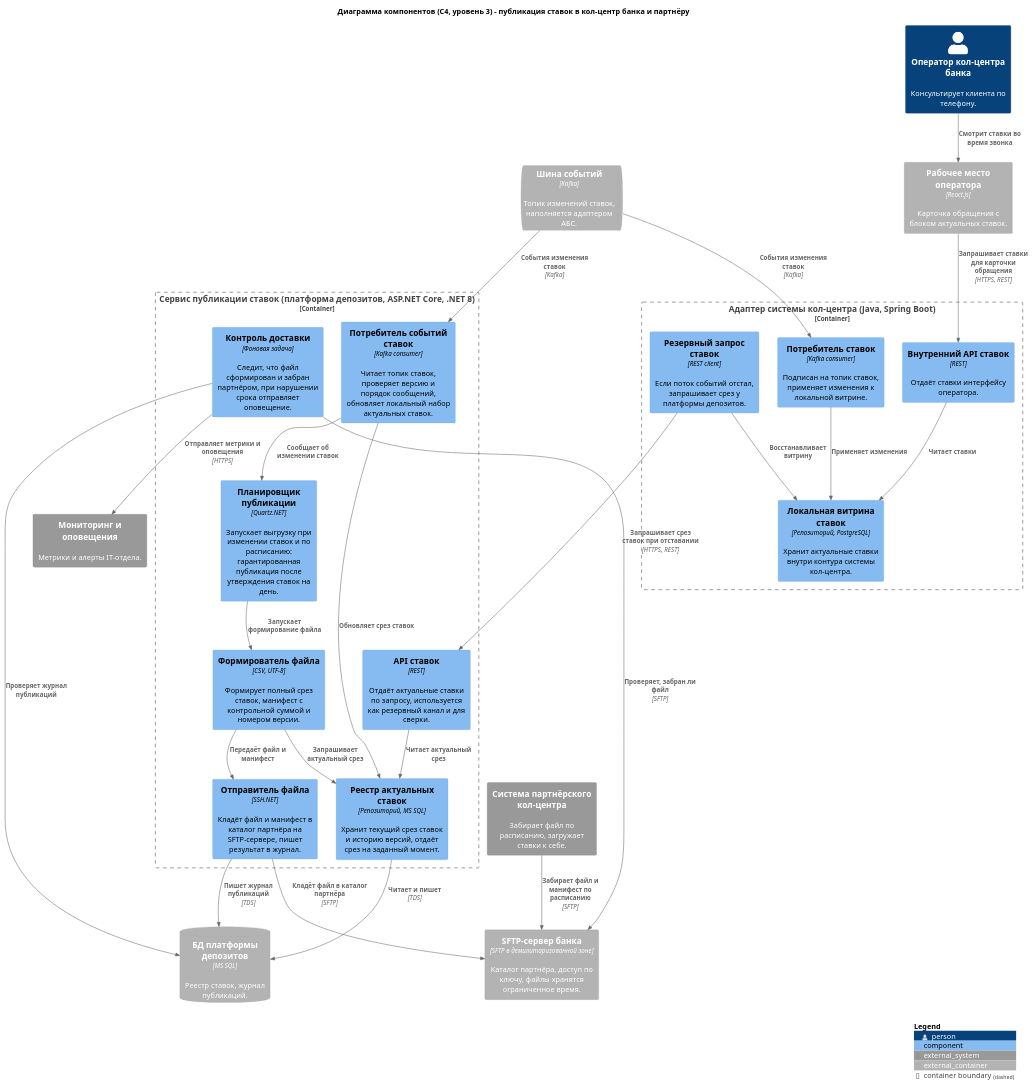
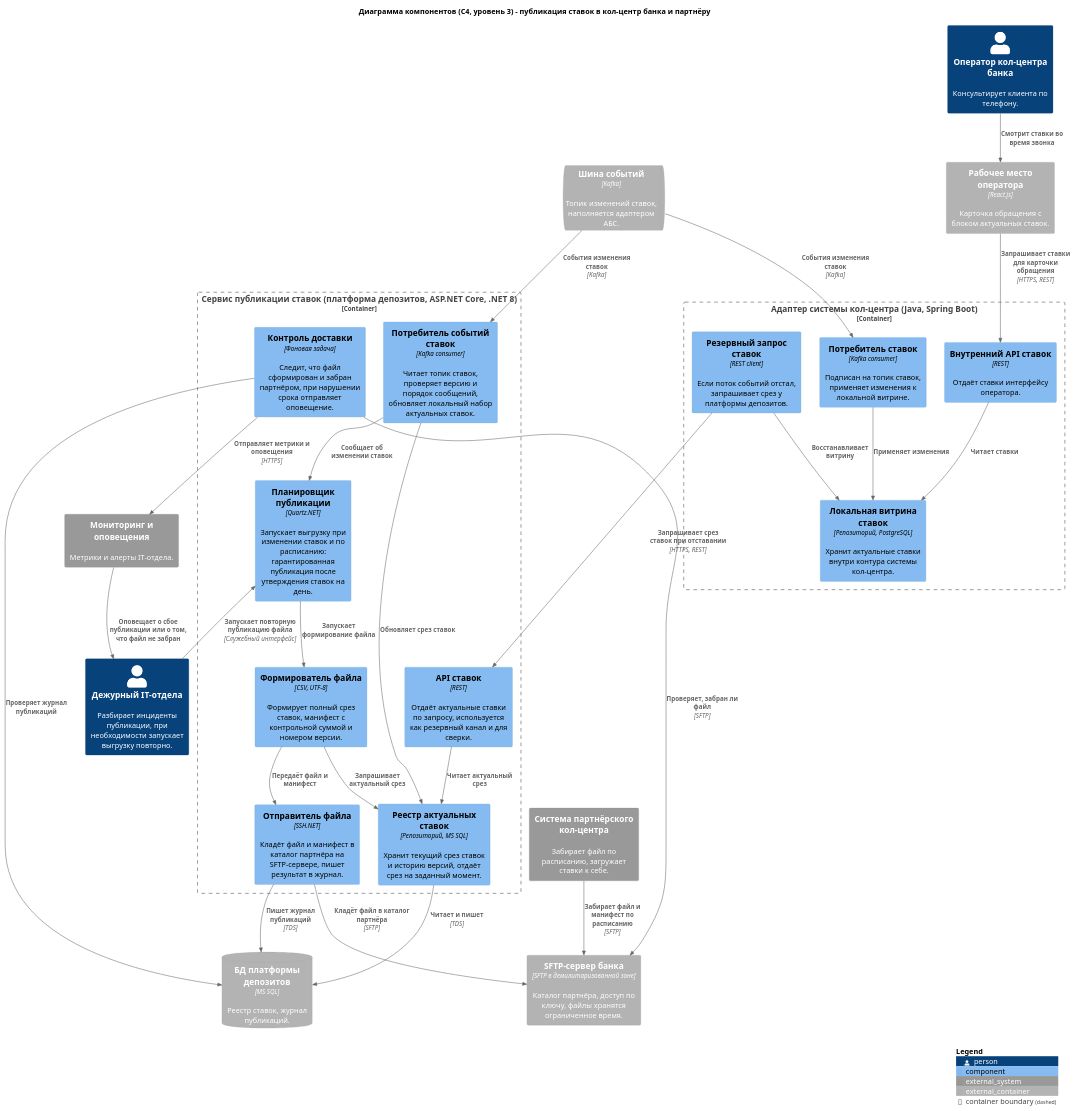
Before and after one commit to Atom-Py/architecture-pro-standart: the diagram in Task4/task4-c4-components.puml, drawn with PlantUML. The commit also changed 4 other files, not shown here.

Commit message:
task-4: manual republish on diagrams, changes against mvp

```diff
--- a/Task4/task4-c4-components.puml
+++ b/Task4/task4-c4-components.puml
@@ -1,57 +1,60 @@
 @startuml task4-c4-components
 !include <C4/C4_Component>
 
 title Диаграмма компонентов (C4, уровень 3) - публикация ставок в кол-центр банка и партнёру
 
 ContainerQueue_Ext(kafka, "Шина событий", "Kafka", "Топик изменений ставок, наполняется адаптером АБС.")
 
 Container_Boundary(pub, "Сервис публикации ставок (платформа депозитов, ASP.NET Core, .NET 8)") {
   Component(consumer, "Потребитель событий ставок", "Kafka consumer", "Читает топик ставок, проверяет версию и порядок сообщений, обновляет локальный набор актуальных ставок.")
   Component(store, "Реестр актуальных ставок", "Репозиторий, MS SQL", "Хранит текущий срез ставок и историю версий, отдаёт срез на заданный момент.")
   Component(scheduler, "Планировщик публикации", "Quartz.NET", "Запускает выгрузку при изменении ставок и по расписанию: гарантированная публикация после утверждения ставок на день.")
   Component(builder, "Формирователь файла", "CSV, UTF-8", "Формирует полный срез ставок, манифест с контрольной суммой и номером версии.")
   Component(sender, "Отправитель файла", "SSH.NET", "Кладёт файл и манифест в каталог партнёра на SFTP-сервере, пишет результат в журнал.")
   Component(control, "Контроль доставки", "Фоновая задача", "Следит, что файл сформирован и забран партнёром, при нарушении срока отправляет оповещение.")
   Component(rates_api, "API ставок", "REST", "Отдаёт актуальные ставки по запросу, используется как резервный канал и для сверки.")
 }
 
 ContainerDb_Ext(pub_db, "БД платформы депозитов", "MS SQL", "Реестр ставок, журнал публикаций.")
 Container_Ext(sftp, "SFTP-сервер банка", "SFTP в демилитаризованной зоне", "Каталог партнёра, доступ по ключу, файлы хранятся ограниченное время.")
 System_Ext(pcc, "Система партнёрского кол-центра", "Забирает файл по расписанию, загружает ставки к себе.")
 System_Ext(monitoring, "Мониторинг и оповещения", "Метрики и алерты IT-отдела.")
 
 Container_Boundary(cc_ad, "Адаптер системы кол-центра (Java, Spring Boot)") {
   Component(cc_consumer, "Потребитель ставок", "Kafka consumer", "Подписан на топик ставок, применяет изменения к локальной витрине.")
   Component(cc_store, "Локальная витрина ставок", "Репозиторий, PostgreSQL", "Хранит актуальные ставки внутри контура системы кол-центра.")
   Component(cc_api, "Внутренний API ставок", "REST", "Отдаёт ставки интерфейсу оператора.")
   Component(cc_fallback, "Резервный запрос ставок", "REST client", "Если поток событий отстал, запрашивает срез у платформы депозитов.")
 }
 
 Container_Ext(cc_ui, "Рабочее место оператора", "React.js", "Карточка обращения с блоком актуальных ставок.")
 Person(op_cc, "Оператор кол-центра банка", "Консультирует клиента по телефону.")
+Person(admin, "Дежурный IT-отдела", "Разбирает инциденты публикации, при необходимости запускает выгрузку повторно.")
 
 Rel(kafka, consumer, "События изменения ставок", "Kafka")
 Rel(consumer, store, "Обновляет срез ставок")
 Rel(store, pub_db, "Читает и пишет", "TDS")
 Rel(scheduler, builder, "Запускает формирование файла")
 Rel(consumer, scheduler, "Сообщает об изменении ставок")
 Rel(builder, store, "Запрашивает актуальный срез")
 Rel(builder, sender, "Передаёт файл и манифест")
 Rel(sender, sftp, "Кладёт файл в каталог партнёра", "SFTP")
 Rel(sender, pub_db, "Пишет журнал публикаций", "TDS")
 Rel(control, pub_db, "Проверяет журнал публикаций")
 Rel(control, sftp, "Проверяет, забран ли файл", "SFTP")
 Rel(control, monitoring, "Отправляет метрики и оповещения", "HTTPS")
+Rel(monitoring, admin, "Оповещает о сбое публикации или о том, что файл не забран")
+Rel(admin, scheduler, "Запускает повторную публикацию файла", "Служебный интерфейс")
 Rel(pcc, sftp, "Забирает файл и манифест по расписанию", "SFTP")
 Rel(rates_api, store, "Читает актуальный срез")
 
 Rel(kafka, cc_consumer, "События изменения ставок", "Kafka")
 Rel(cc_consumer, cc_store, "Применяет изменения")
 Rel(cc_api, cc_store, "Читает ставки")
 Rel(cc_fallback, rates_api, "Запрашивает срез ставок при отставании", "HTTPS, REST")
 Rel(cc_fallback, cc_store, "Восстанавливает витрину")
 Rel(cc_ui, cc_api, "Запрашивает ставки для карточки обращения", "HTTPS, REST")
 Rel(op_cc, cc_ui, "Смотрит ставки во время звонка")
 
 SHOW_LEGEND()
 @enduml
```
